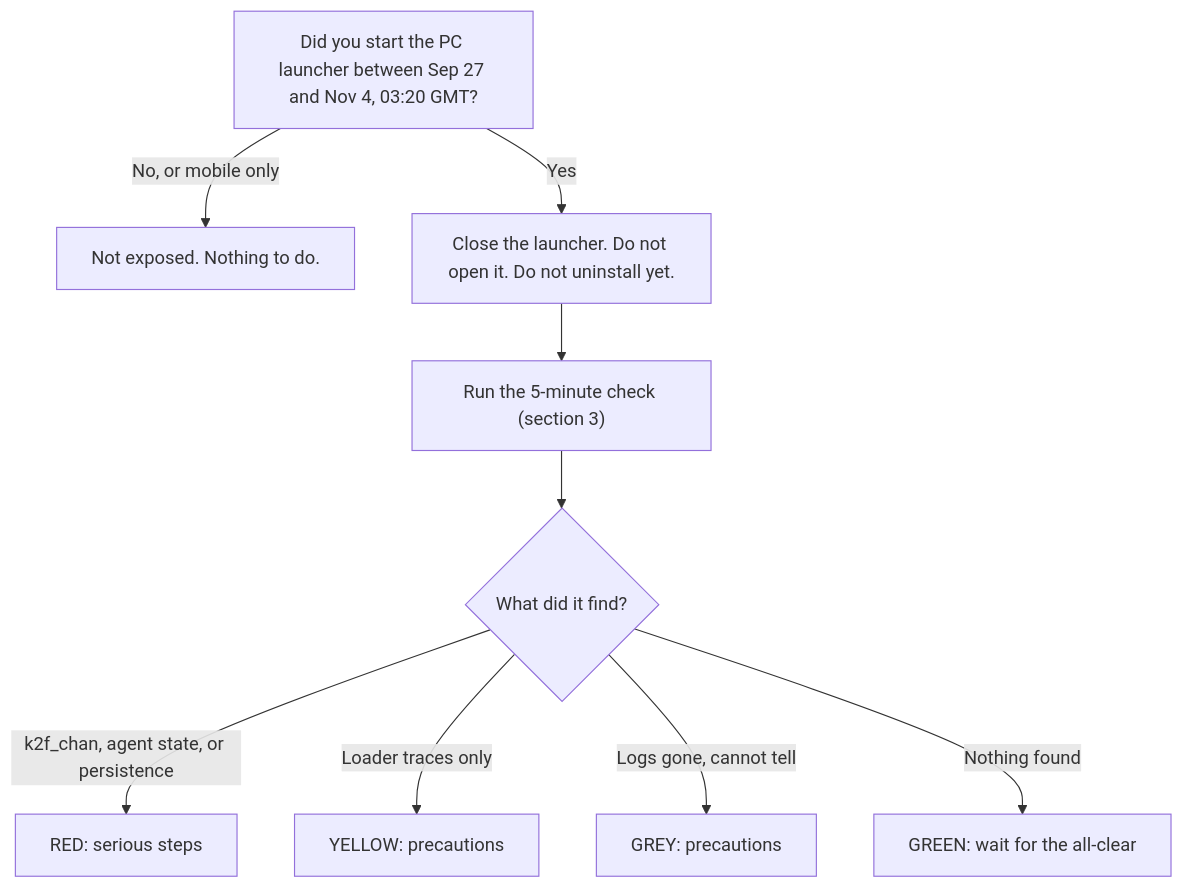
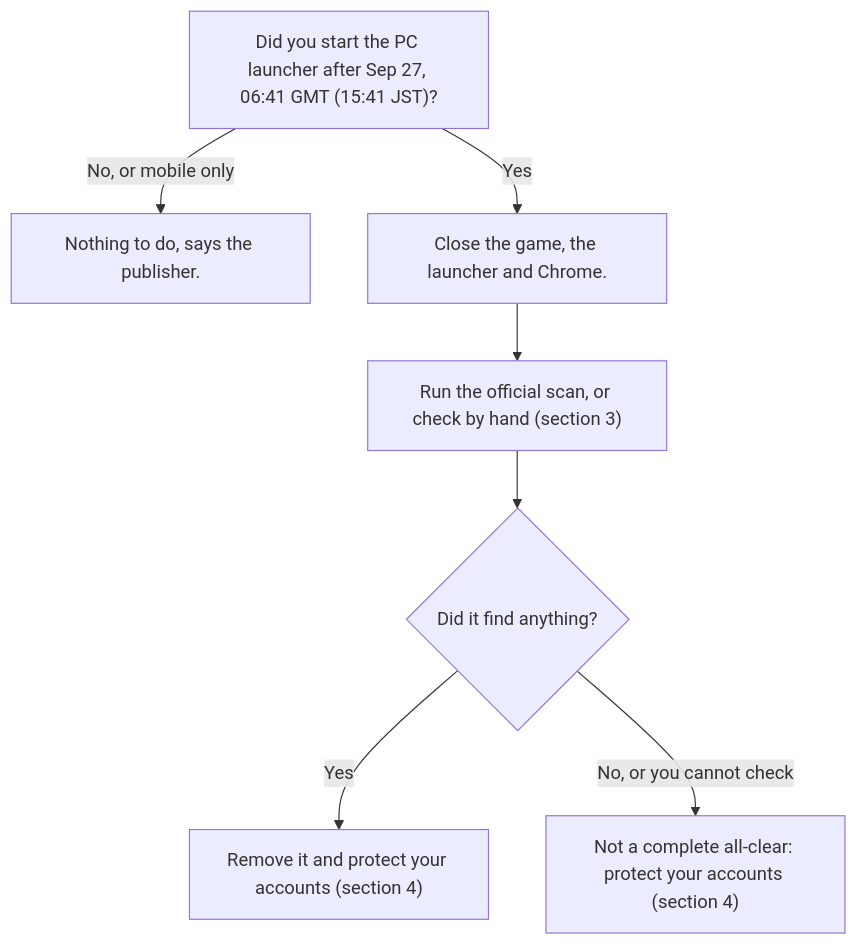
Before and after one commit to SpringZali/nikke-launcher-triage: the diagram in README.md, drawn with Mermaid. The commit also changed other lines of this file and 1 other file, not shown here.

First line of the commit message:
v3.0: follow the publisher's guidance first

````diff
--- a/README.md
+++ b/README.md
@@ -39,11 +41,9 @@
 ```mermaid
 flowchart TD
-    A["Did you start the PC launcher between Sep 27 and Nov 4, 03:20 GMT?"] -->|"No, or mobile only"| Z["Not exposed. Nothing to do."]
-    A -->|"Yes"| B["Close the launcher. Do not open it. Do not uninstall yet."]
-    B --> C["Run the 5-minute check (section 3)"]
-    C --> D{"What did it find?"}
-    D -->|"k2f_chan, agent state, or persistence"| R["RED: serious steps"]
-    D -->|"Loader traces only"| Y["YELLOW: precautions"]
-    D -->|"Logs gone, cannot tell"| G["GREY: precautions"]
-    D -->|"Nothing found"| N["GREEN: wait for the all-clear"]
+    A["Did you start the PC launcher after Sep 27, 06:41 GMT (15:41 JST)?"] -->|"No, or mobile only"| Z["Nothing to do, says the publisher."]
+    A -->|"Yes"| B["Close the game, the launcher and Chrome."]
+    B --> C["Run the official scan, or check by hand (section 3)"]
+    C --> D{"Did it find anything?"}
+    D -->|"Yes"| R["Remove it and protect your accounts (section 4)"]
+    D -->|"No, or you cannot check"| N["Not a complete all-clear: protect your accounts (section 4)"]
 ```
````
